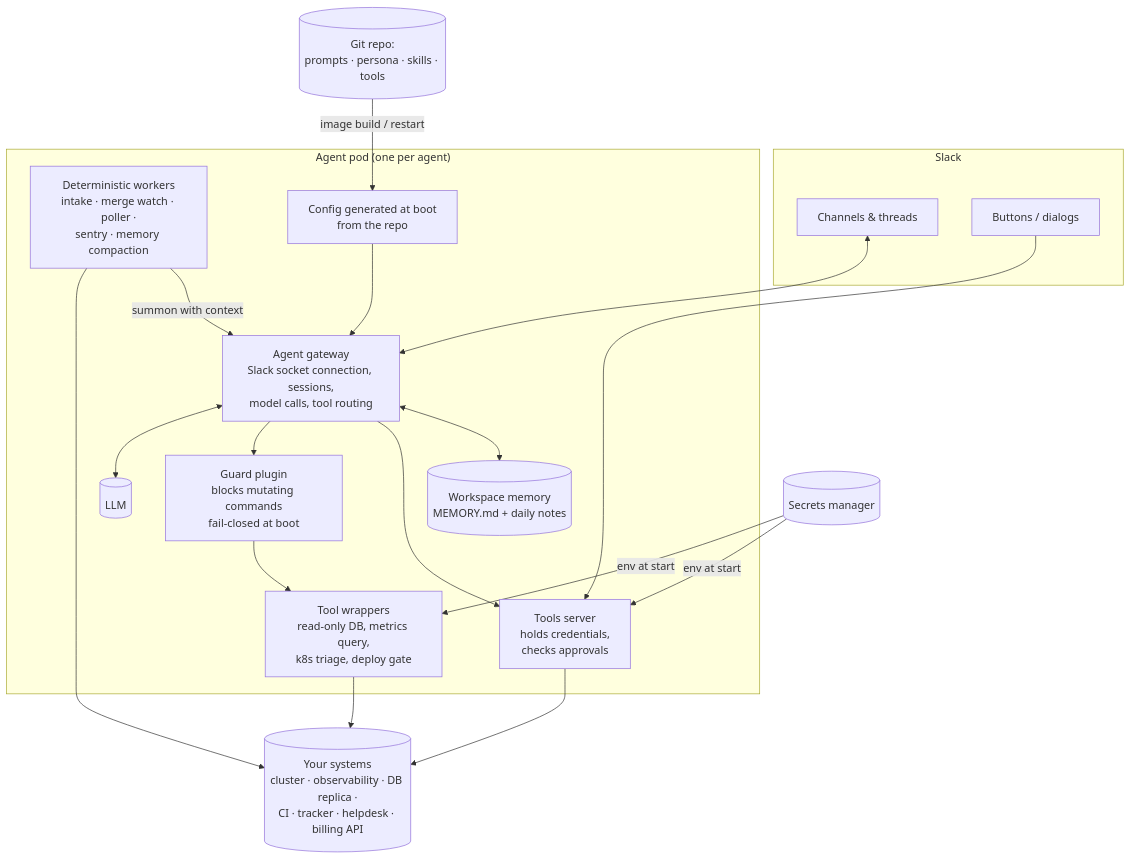
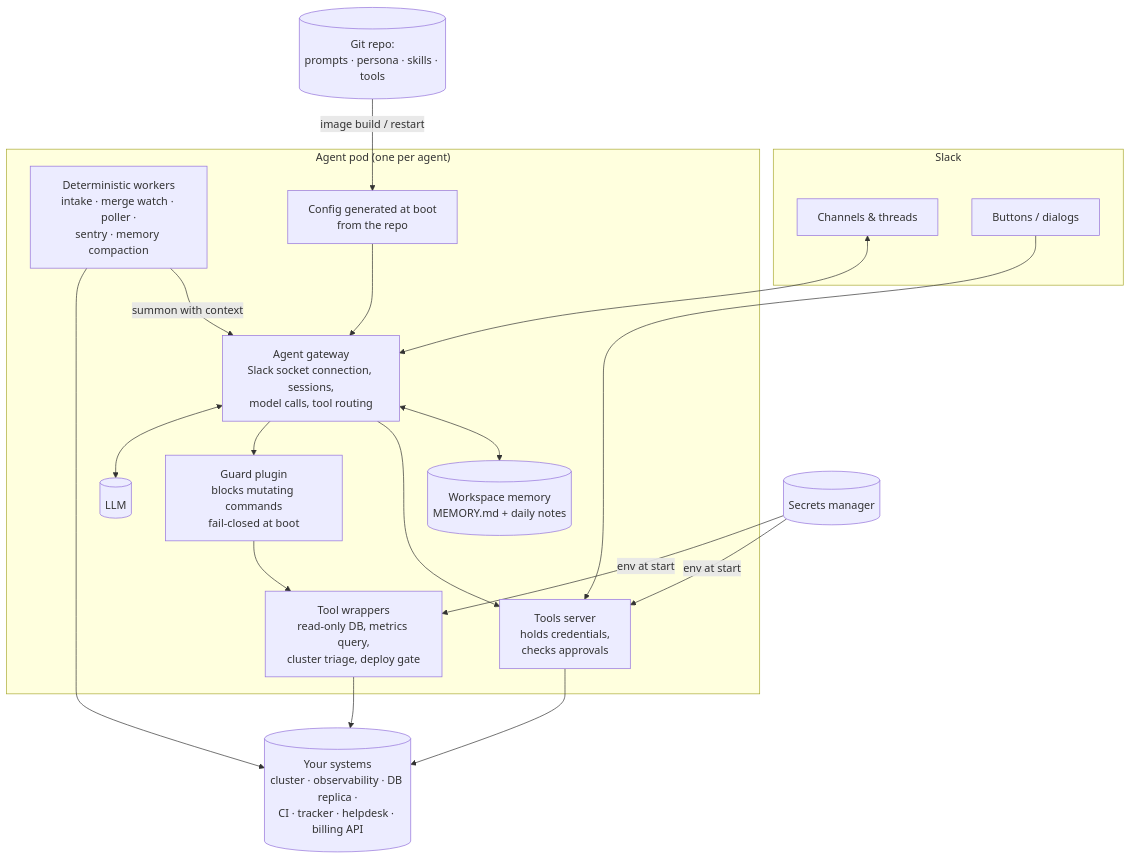
One commit to kineto-app/silicon-valley changed the diagram in playbook/05-architecture.md. Above: the diagram before and after it, drawn with Mermaid. The commit also changed other lines of this file and 11 other files, not shown here.

````diff
--- a/playbook/05-architecture.md
+++ b/playbook/05-architecture.md
@@ -5,34 +5,34 @@
 ```mermaid
 flowchart TB
     subgraph Slack
         CH[Channels & threads]
         BTN[Buttons / dialogs]
     end
 
     subgraph POD["Agent pod (one per agent)"]
         GW[Agent gateway<br/>Slack socket connection, sessions,<br/>model calls, tool routing]
         MODEL[(LLM)]
         GUARD[Guard plugin<br/>blocks mutating commands<br/>fail-closed at boot]
-        WRAP[Tool wrappers<br/>read-only DB, metrics query,<br/>k8s triage, deploy gate]
+        WRAP[Tool wrappers<br/>read-only DB, metrics query,<br/>cluster triage, deploy gate]
         MCP[Tools server<br/>holds credentials,<br/>checks approvals]
         CRON[Deterministic workers<br/>intake · merge watch · poller ·<br/>sentry · memory compaction]
         MEM[(Workspace memory<br/>MEMORY.md + daily notes)]
         CFG[Config generated at boot<br/>from the repo]
     end
 
     SEC[(Secrets manager)]
     SYS[(Your systems<br/>cluster · observability · DB replica ·<br/>CI · tracker · helpdesk · billing API)]
     REPO[(Git repo:<br/>prompts · persona · skills · tools)]
 
     CH <--> GW
     BTN --> MCP
     GW <--> MODEL
     GW --> GUARD --> WRAP --> SYS
     GW --> MCP --> SYS
     CRON --> SYS
     CRON -->|summon with context| GW
     GW <--> MEM
     REPO -->|image build / restart| CFG --> GW
     SEC -->|env at start| WRAP
     SEC -->|env at start| MCP
 ```
````
